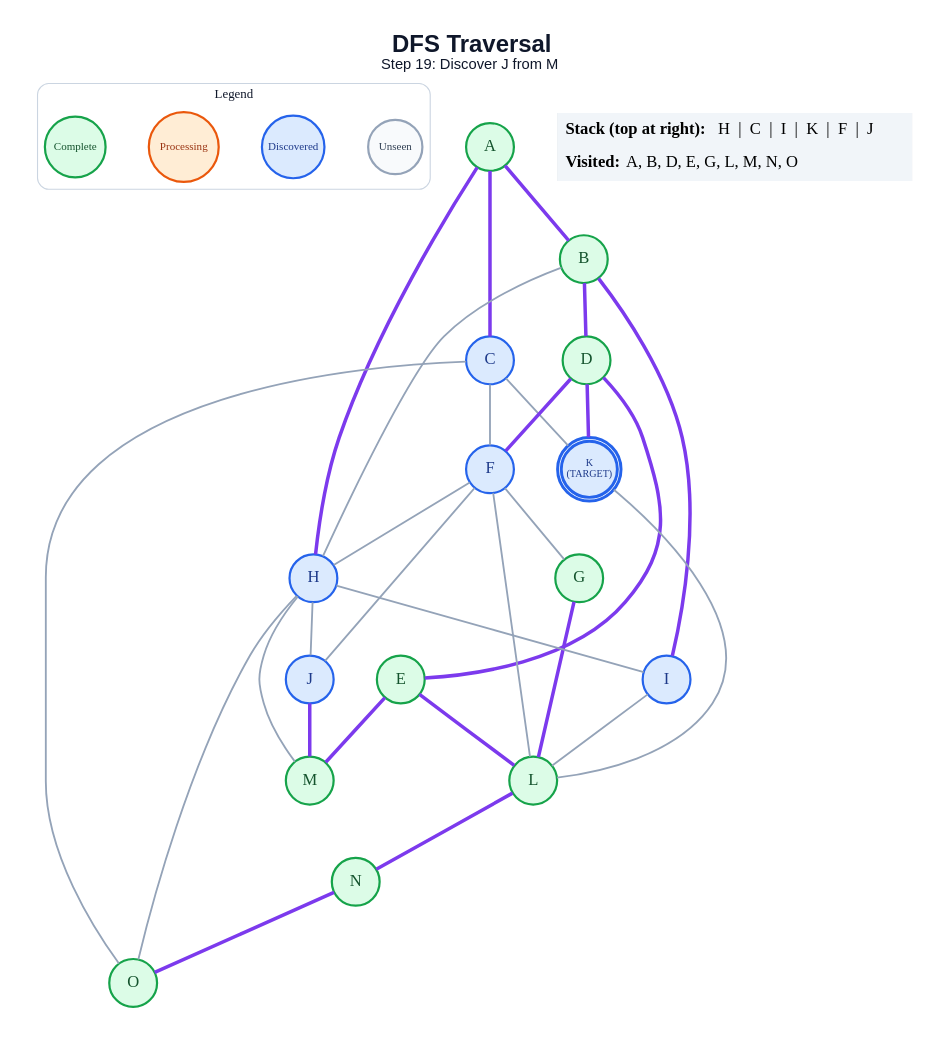
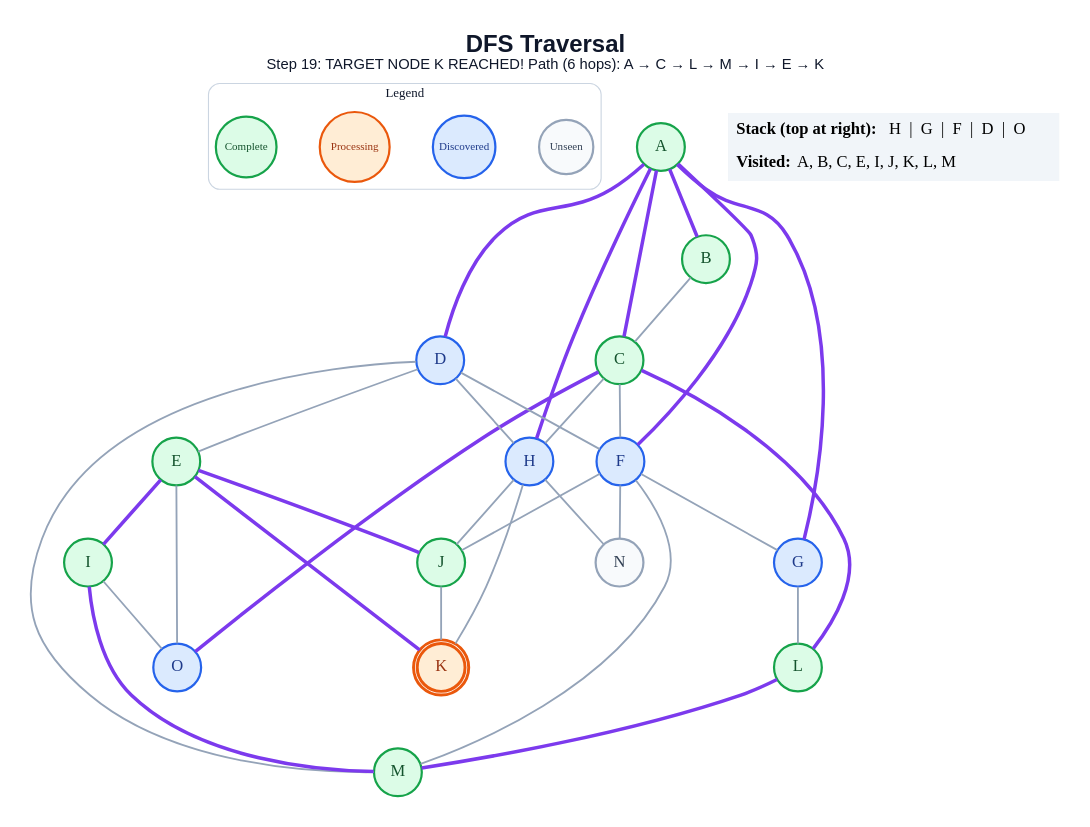
Before and after one commit to anon7238593-create/ai-slop: the diagram in generated/dfs/step_19.dot, drawn with Graphviz. The commit also changed 291 other files, not shown here.

```diff
--- a/generated/dfs/step_19.dot
+++ b/generated/dfs/step_19.dot
@@ -1,62 +1,65 @@
 graph traversal {
   graph [layout=dot, rankdir=TB, bgcolor="#FFFFFF", pad="0.35", nodesep="0.65", ranksep="0.8", fontname="Arial"];
   node [shape=circle, style="filled", fontname="Arial Bold", fontsize=18, width=0.72, fixedsize=true, penwidth=2.4];
   edge [color="#94A3B8", penwidth=2.0];
-  label=<<B>DFS Traversal</B><BR/><FONT POINT-SIZE="16">Step 19: Discover J from M</FONT>>; labelloc="t"; fontsize=26; fontname="Arial"; fontcolor="#0F172A";
+  label=<<B>DFS Traversal</B><BR/><FONT POINT-SIZE="16">Step 19: TARGET NODE K REACHED! Path (6 hops): A → C → L → M → I → E → K</FONT>>; labelloc="t"; fontsize=26; fontname="Arial"; fontcolor="#0F172A";
   subgraph cluster_legend { label="Legend"; color="#CBD5E1"; penwidth=1.2; style="rounded"; fontsize=14; fontname="Arial Bold";
     key_unseen [label="Unseen", fillcolor="#F8FAFC", color="#94A3B8", fontcolor="#334155", fontsize=12, width=0.82];
     key_frontier [label="Discovered", fillcolor="#DBEAFE", color="#2563EB", fontcolor="#1E3A8A", fontsize=12, width=0.95];
     key_current [label="Processing", fillcolor="#FFEDD5", color="#EA580C", fontcolor="#9A3412", fontsize=12, width=1.05];
     key_done [label="Complete", fillcolor="#DCFCE7", color="#16A34A", fontcolor="#14532D", fontsize=12, width=0.92];
     { rank=same; key_unseen; key_frontier; key_current; key_done; }
   }
   A [label="A", fillcolor="#DCFCE7", color="#16A34A", fontcolor="#14532D", peripheries=1, penwidth=2.4];
   B [label="B", fillcolor="#DCFCE7", color="#16A34A", fontcolor="#14532D", peripheries=1, penwidth=2.4];
-  C [label="C", fillcolor="#DBEAFE", color="#2563EB", fontcolor="#1E3A8A", peripheries=1, penwidth=2.4];
-  D [label="D", fillcolor="#DCFCE7", color="#16A34A", fontcolor="#14532D", peripheries=1, penwidth=2.4];
+  C [label="C", fillcolor="#DCFCE7", color="#16A34A", fontcolor="#14532D", peripheries=1, penwidth=2.4];
+  D [label="D", fillcolor="#DBEAFE", color="#2563EB", fontcolor="#1E3A8A", peripheries=1, penwidth=2.4];
   E [label="E", fillcolor="#DCFCE7", color="#16A34A", fontcolor="#14532D", peripheries=1, penwidth=2.4];
   F [label="F", fillcolor="#DBEAFE", color="#2563EB", fontcolor="#1E3A8A", peripheries=1, penwidth=2.4];
-  G [label="G", fillcolor="#DCFCE7", color="#16A34A", fontcolor="#14532D", peripheries=1, penwidth=2.4];
+  G [label="G", fillcolor="#DBEAFE", color="#2563EB", fontcolor="#1E3A8A", peripheries=1, penwidth=2.4];
   H [label="H", fillcolor="#DBEAFE", color="#2563EB", fontcolor="#1E3A8A", peripheries=1, penwidth=2.4];
-  I [label="I", fillcolor="#DBEAFE", color="#2563EB", fontcolor="#1E3A8A", peripheries=1, penwidth=2.4];
-  J [label="J", fillcolor="#DBEAFE", color="#2563EB", fontcolor="#1E3A8A", peripheries=1, penwidth=2.4];
-  K [label="K\n(TARGET)", fillcolor="#DBEAFE", color="#2563EB", fontcolor="#1E3A8A", peripheries=2, penwidth=3.2, fontsize=11, width=0.85, height=0.85];
+  I [label="I", fillcolor="#DCFCE7", color="#16A34A", fontcolor="#14532D", peripheries=1, penwidth=2.4];
+  J [label="J", fillcolor="#DCFCE7", color="#16A34A", fontcolor="#14532D", peripheries=1, penwidth=2.4];
+  K [label="K", fillcolor="#FFEDD5", color="#EA580C", fontcolor="#9A3412", peripheries=2, penwidth=3.2];
   L [label="L", fillcolor="#DCFCE7", color="#16A34A", fontcolor="#14532D", peripheries=1, penwidth=2.4];
   M [label="M", fillcolor="#DCFCE7", color="#16A34A", fontcolor="#14532D", peripheries=1, penwidth=2.4];
-  N [label="N", fillcolor="#DCFCE7", color="#16A34A", fontcolor="#14532D", peripheries=1, penwidth=2.4];
-  O [label="O", fillcolor="#DCFCE7", color="#16A34A", fontcolor="#14532D", peripheries=1, penwidth=2.4];
+  N [label="N", fillcolor="#F8FAFC", color="#94A3B8", fontcolor="#334155", peripheries=1, penwidth=2.4];
+  O [label="O", fillcolor="#DBEAFE", color="#2563EB", fontcolor="#1E3A8A", peripheries=1, penwidth=2.4];
   A -- B [color="#7C3AED", penwidth=3.8];
   A -- C [color="#7C3AED", penwidth=3.8];
+  A -- D [color="#7C3AED", penwidth=3.8];
+  A -- F [color="#7C3AED", penwidth=3.8];
+  A -- G [color="#7C3AED", penwidth=3.8];
   A -- H [color="#7C3AED", penwidth=3.8];
-  B -- D [color="#7C3AED", penwidth=3.8];
-  B -- H;
-  B -- I [color="#7C3AED", penwidth=3.8];
+  B -- C;
   C -- F;
-  C -- K;
-  C -- O;
-  D -- E [color="#7C3AED", penwidth=3.8];
-  D -- F [color="#7C3AED", penwidth=3.8];
-  D -- K [color="#7C3AED", penwidth=3.8];
-  E -- L [color="#7C3AED", penwidth=3.8];
-  E -- M [color="#7C3AED", penwidth=3.8];
+  C -- H;
+  C -- L [color="#7C3AED", penwidth=3.8];
+  C -- O [color="#7C3AED", penwidth=3.8];
+  D -- E;
+  D -- F;
+  D -- H;
+  D -- M;
+  E -- I [color="#7C3AED", penwidth=3.8];
+  E -- J [color="#7C3AED", penwidth=3.8];
+  E -- K [color="#7C3AED", penwidth=3.8];
+  E -- O;
   F -- G;
-  F -- H;
   F -- J;
-  F -- L;
-  G -- L [color="#7C3AED", penwidth=3.8];
-  H -- I;
+  F -- M;
+  F -- N;
+  G -- L;
   H -- J;
-  H -- M;
-  H -- O;
-  I -- L;
-  J -- M [color="#7C3AED", penwidth=3.8];
-  K -- L;
-  L -- N [color="#7C3AED", penwidth=3.8];
-  N -- O [color="#7C3AED", penwidth=3.8];
+  H -- K;
+  H -- N;
+  I -- M [color="#7C3AED", penwidth=3.8];
+  I -- O;
+  J -- K;
+  L -- M [color="#7C3AED", penwidth=3.8];
   status [shape=plain, fixedsize=false, width=0, height=0, margin=0, label=<
     <TABLE BORDER="0" CELLBORDER="0" CELLPADDING="7" BGCOLOR="#F1F5F9">
-      <TR><TD ALIGN="LEFT"><B>Stack (top at right):</B> H  |  C  |  I  |  K  |  F  |  J</TD></TR>
-      <TR><TD ALIGN="LEFT"><B>Visited:</B> A, B, D, E, G, L, M, N, O</TD></TR>
+      <TR><TD ALIGN="LEFT"><B>Stack (top at right):</B> H  |  G  |  F  |  D  |  O</TD></TR>
+      <TR><TD ALIGN="LEFT"><B>Visited:</B> A, B, C, E, I, J, K, L, M</TD></TR>
     </TABLE>
   >];
 }
```
